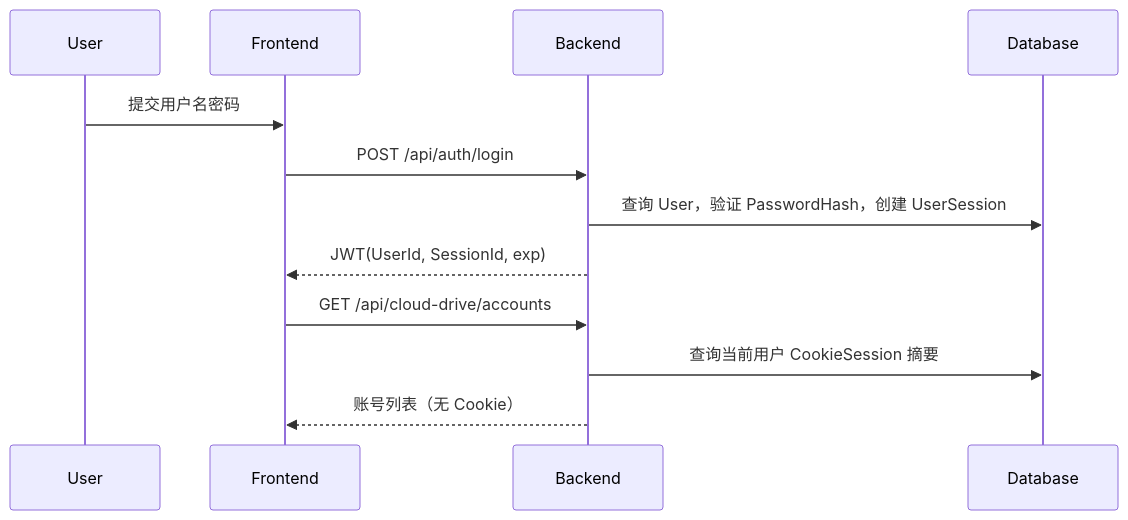
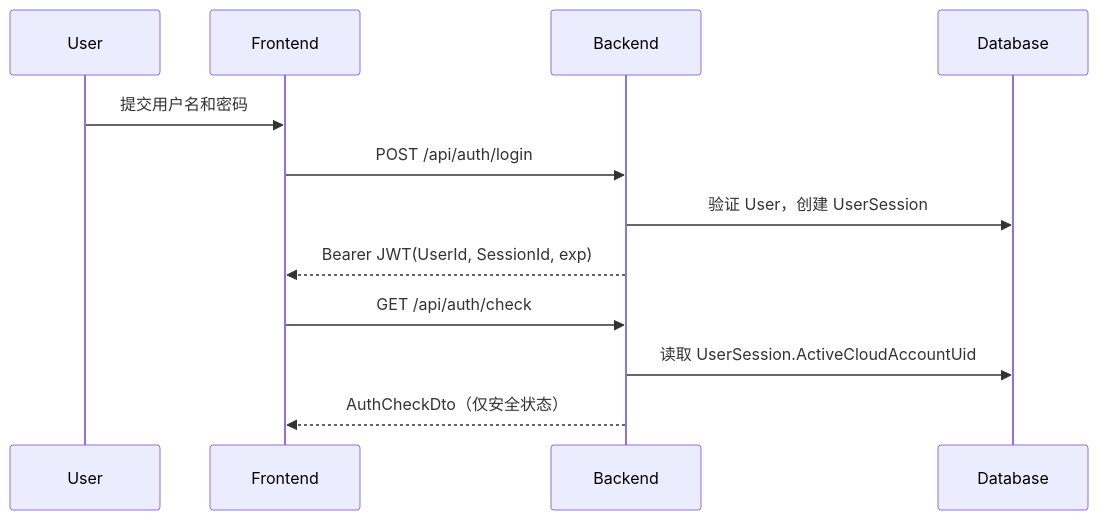
Before and after one commit to sun-1221/CloudDrive_115: the diagram in .kiro/specs/115-personal-auth-multi-account/design.md, drawn with Mermaid. The commit also changed other lines of this file and 21 other files, not shown here.

````diff
--- a/.kiro/specs/115-personal-auth-multi-account/design.md
+++ b/.kiro/specs/115-personal-auth-multi-account/design.md
@@ -29,14 +58,14 @@
-```mermaid
+~~~mermaid
 sequenceDiagram
     participant User
     participant Frontend
     participant Backend
     participant Database
-    User->>Frontend: 提交用户名密码
+    User->>Frontend: 提交用户名和密码
     Frontend->>Backend: POST /api/auth/login
-    Backend->>Database: 查询 User，验证 PasswordHash，创建 UserSession
-    Backend-->>Frontend: JWT(UserId, SessionId, exp)
-    Frontend->>Backend: GET /api/cloud-drive/accounts
-    Backend->>Database: 查询当前用户 CookieSession 摘要
-    Backend-->>Frontend: 账号列表（无 Cookie）
-```
+    Backend->>Database: 验证 User，创建 UserSession
+    Backend-->>Frontend: Bearer JWT(UserId, SessionId, exp)
+    Frontend->>Backend: GET /api/auth/check
+    Backend->>Database: 读取 UserSession.ActiveCloudAccountUid
+    Backend-->>Frontend: AuthCheckDto（仅安全状态）
+~~~
````
